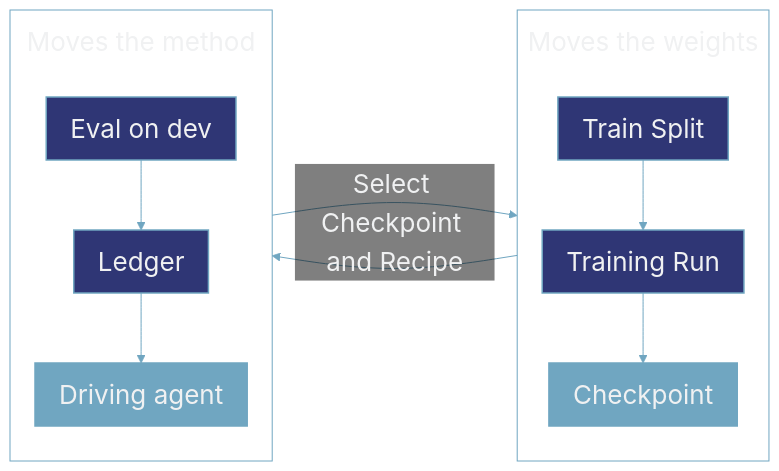
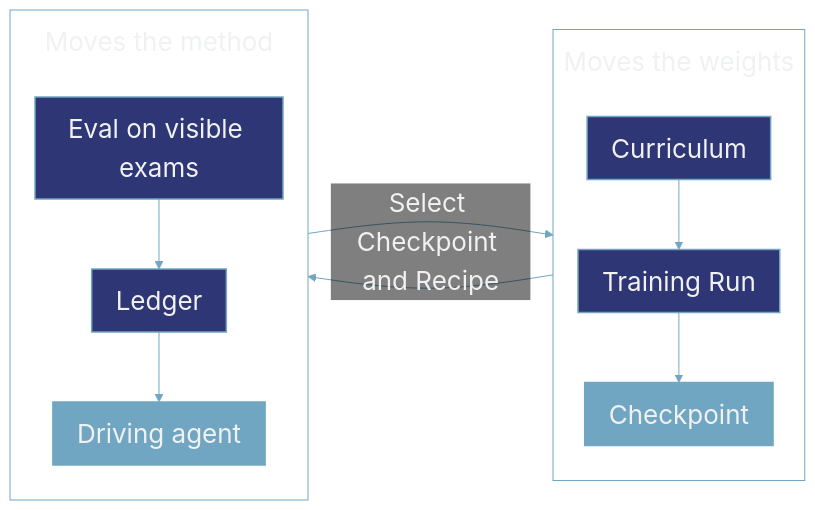
The first of 2 diagrams in concepts/improvement.mdx (Monte-Inc/internal-monte-platform-docs), drawn with Mermaid before and after one commit. The commit also changed other lines of this file and 3 other files, not shown here.

````diff
--- a/concepts/improvement.mdx
+++ b/concepts/improvement.mdx
@@ -11,18 +11,18 @@
 ```mermaid actions={false}
 %%{init: {'theme': 'base', 'themeVariables': {'primaryColor': '#315594', 'primaryTextColor': '#F0F1F2', 'primaryBorderColor': '#315594', 'lineColor': '#70A6C1', 'textColor': '#17181B', 'clusterBkg': 'transparent', 'clusterBorder': '#70A6C1', 'edgeLabelBackground': 'transparent', 'tertiaryColor': '#315594', 'tertiaryTextColor': '#F0F1F2', 'tertiaryBorderColor': '#315594', 'fontSize': '26px'}, 'flowchart': {'subGraphTitleMargin': {'top': 12, 'bottom': 40}, 'rankSpacing': 45, 'nodeSpacing': 30, 'padding': 12}}}%%
 flowchart LR
     subgraph INNER["Moves the weights"]
         direction TB
-        TRAIN["Train Split"]:::entry --> RUN["Training Run"]:::score --> CKPT["Checkpoint"]:::model
+        TRAIN["Curriculum"]:::entry --> RUN["Training Run"]:::score --> CKPT["Checkpoint"]:::model
     end
     subgraph OUTER["Moves the method"]
         direction TB
-        EVAL["Eval on dev"]:::score --> LEDGER["Ledger"]:::entry --> AGENT["Driving agent"]:::model
+        EVAL["Eval on visible exams"]:::score --> LEDGER["Ledger"]:::entry --> AGENT["Driving agent"]:::model
     end
     CKPT --> EVAL
     AGENT -->|"Select Checkpoint and Recipe"| RUN
 
     classDef entry fill:#2F3675,stroke:#70A6C1,stroke-width:1.5px,color:#F0F1F2;
     classDef model fill:#70A6C1,stroke:#70A6C1,stroke-width:1.5px,color:#F0F1F2;
     classDef score fill:#2F3675,stroke:#70A6C1,stroke-width:1.5px,color:#F0F1F2;
 ```
````
